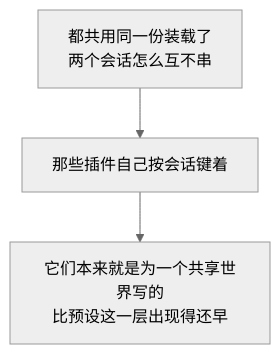
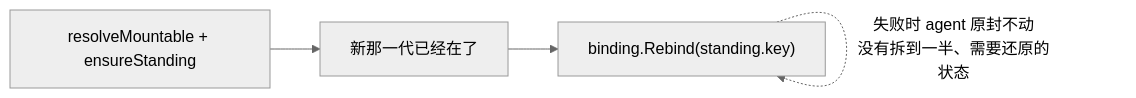
Before and after one commit to snight1983/ds-harness-go: the eighth of 25 diagrams in docs/modules/presets.md, drawn with Mermaid (neutral theme). The commit also changed other lines of this file and 25 other files, not shown here.

````diff
--- a/docs/modules/presets.md
+++ b/docs/modules/presets.md
@@ -83,5 +181,6 @@
 ```mermaid
-flowchart TD
-    Q["都共用同一份装载了<br/>两个会话怎么互不串"] --> A["那些插件自己按会话键着"]
-    A --> B["它们本来就是为一个共享世界写的<br/>比预设这一层出现得还早"]
+flowchart LR
+    A["resolveMountable + ensureStanding"] --> B["新那一代已经在了"]
+    B --> C["binding.Rebind(standing.key)"]
+    C -.->|"失败时 agent 原封不动<br/>没有拆到一半、需要还原的状态"| C
 ```
````
